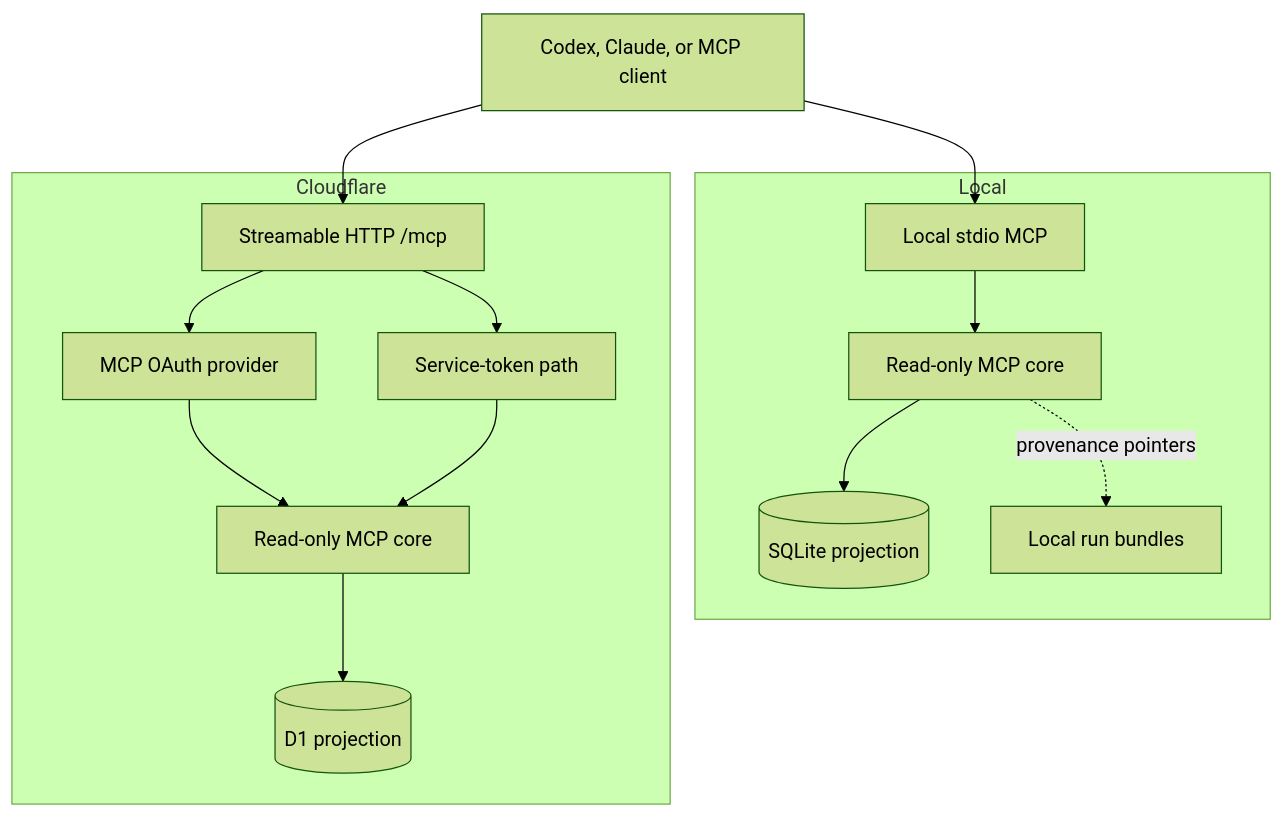
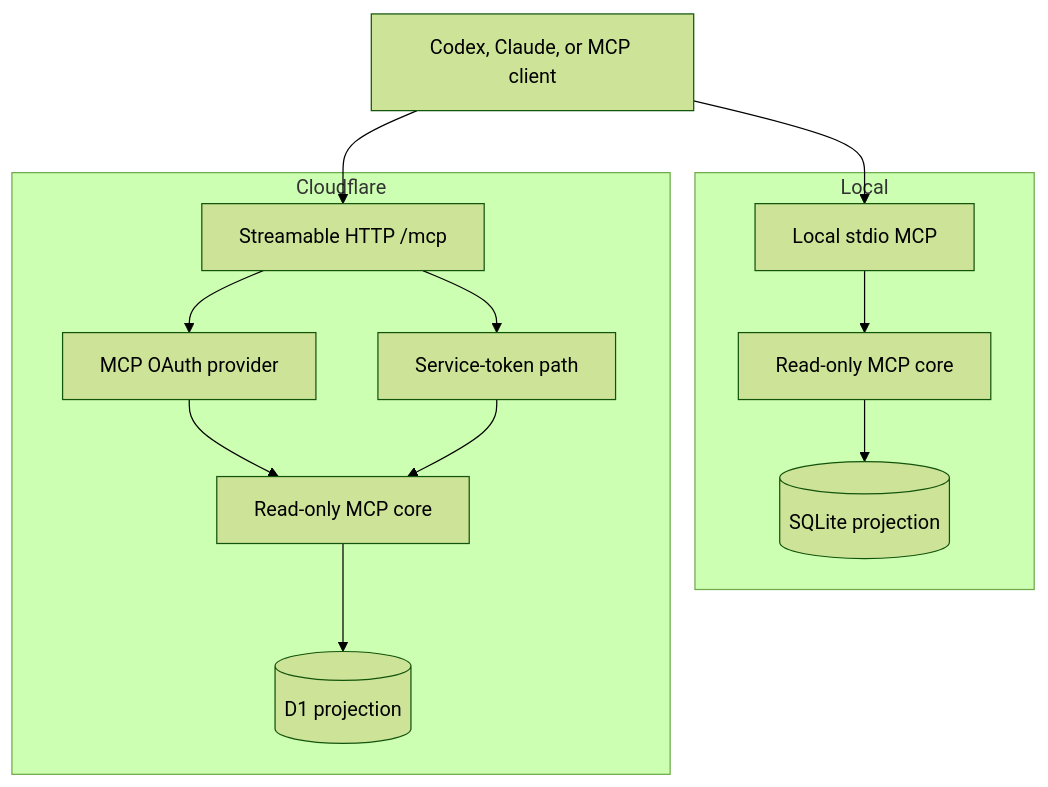
The diagram in docs/MCP_ROADMAP.md (jchu96/frame-of-mind), drawn with Mermaid (forest theme) before and after one commit. The commit also changed other lines of this file and 21 other files, not shown here.

Commit message:
feat: serve reviewed run snapshots over local MCP

````diff
--- a/docs/MCP_ROADMAP.md
+++ b/docs/MCP_ROADMAP.md
@@ -36,31 +35,29 @@
 ```mermaid
 flowchart TB
     Agent[Codex, Claude, or MCP client]
 
     subgraph Local
       Stdio[Local stdio MCP]
       LocalCore[Read-only MCP core]
       SQLite[(SQLite projection)]
-      Bundles[Local run bundles]
     end
 
     subgraph Cloudflare
       HTTP[Streamable HTTP /mcp]
       OAuth[MCP OAuth provider]
       Service[Service-token path]
       RemoteCore[Read-only MCP core]
       D1[(D1 projection)]
     end
 
     Agent --> Stdio
     Stdio --> LocalCore
     LocalCore --> SQLite
-    LocalCore -. provenance pointers .-> Bundles
 
     Agent --> HTTP
     HTTP --> OAuth
     HTTP --> Service
     OAuth --> RemoteCore
     Service --> RemoteCore
     RemoteCore --> D1
 ```
````
